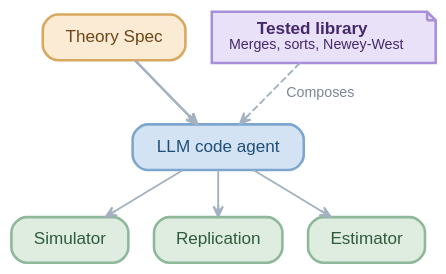
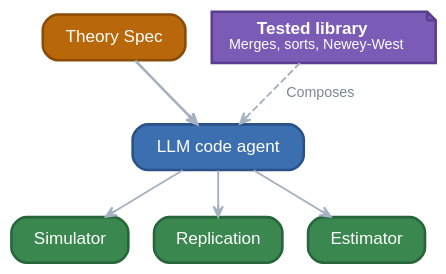
Diagram 12 of 15 in papers/Causal_Analysis_for_Finance/notes.slides.md (GokuHashira/gpsaggese.github.io), drawn with Graphviz before and after one commit. The commit also changed other lines of this file and 6 other files, not shown here.

````diff
--- a/papers/Causal_Analysis_for_Finance/notes.slides.md
+++ b/papers/Causal_Analysis_for_Finance/notes.slides.md
@@ -1301,43 +1347,43 @@
 ```graphviz[width=95%]
 digraph CodeGen {
   // input : orange | process : blue | library : violet | output : sage
   bgcolor="transparent";
   pad="0.15";
   splines=spline;
   nodesep=0.25;
   ranksep=0.45;
   rankdir=TB;
 
   node [shape=box,
         style="rounded,filled",
         penwidth=1.8,
         fontname="Helvetica",
         fontsize=12,
         margin="0.16,0.10",
         height=0.45];
 
   edge [color="#A3B1C0",
         penwidth=1.3,
         arrowhead=vee,
         arrowsize=0.75,
         fontname="Helvetica",
         fontsize=10,
         fontcolor="#7B8794"];
 
-  Spec  [label="Theory Spec", fillcolor="#FBEBD4", color="#D9A85F", fontcolor="#6B4517"];
+  Spec  [label="Theory Spec", fillcolor="#B8680A", color="#8A4C06", fontcolor="#FFFFFF"];
   Lib   [label=<<b>Tested library</b><br/><font point-size="10">Merges, sorts, Newey-West</font>>,
-         shape=note, fillcolor="#E9E1F7", color="#A88FD9", fontcolor="#45296B"];
-  Agent [label="LLM code agent", fillcolor="#D3E3F3", color="#7CA6CE", fontcolor="#1F4E79"];
-  Sim   [label="Simulator", fillcolor="#DFEDE0", color="#8FB79A", fontcolor="#2E5A3D"];
-  Rep   [label="Replication", fillcolor="#DFEDE0", color="#8FB79A", fontcolor="#2E5A3D"];
-  Est   [label="Estimator", fillcolor="#DFEDE0", color="#8FB79A", fontcolor="#2E5A3D"];
+         shape=note, fillcolor="#7A5BB5", color="#5A3F91", fontcolor="#FFFFFF"];
+  Agent [label="LLM code agent", fillcolor="#3C6FB0", color="#2A5288", fontcolor="#FFFFFF"];
+  Sim   [label="Simulator", fillcolor="#3A874F", color="#27663A", fontcolor="#FFFFFF"];
+  Rep   [label="Replication", fillcolor="#3A874F", color="#27663A", fontcolor="#FFFFFF"];
+  Est   [label="Estimator", fillcolor="#3A874F", color="#27663A", fontcolor="#FFFFFF"];
 
   { rank=same; Spec; Lib; }
 
   Spec -> Agent [penwidth=1.8];
   Lib -> Agent [label="  Composes  ", style=dashed];
   Agent -> Sim;
   Agent -> Rep;
   Agent -> Est;
 }
 ```
````
